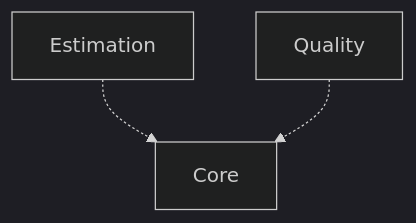
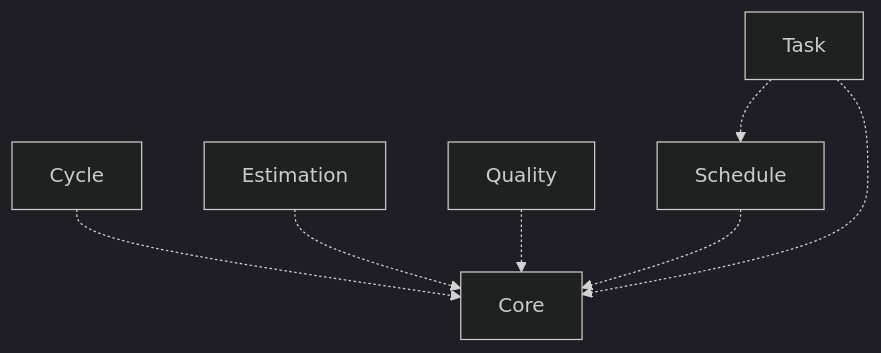
The diagram in examples/requirements/req/output/development/domain-domain.project.md (glemzurg/glemzurg), drawn with Mermaid (dark theme) before and after one commit. The commit also changed other lines of this file and 103 other files, not shown here.

````diff
--- a/examples/requirements/req/output/development/domain-domain.project.md
+++ b/examples/requirements/req/output/development/domain-domain.project.md
@@ -11,9 +11,16 @@
 ```mermaid
 graph TD
 subdomain_domain_project_subdomain_core["Core"]
+subdomain_domain_project_subdomain_cycle["Cycle"]
 subdomain_domain_project_subdomain_estimation["Estimation"]
 subdomain_domain_project_subdomain_quality["Quality"]
+subdomain_domain_project_subdomain_schedule["Schedule"]
+subdomain_domain_project_subdomain_task["Task"]
+subdomain_domain_project_subdomain_cycle -.-> subdomain_domain_project_subdomain_core
 subdomain_domain_project_subdomain_estimation -.-> subdomain_domain_project_subdomain_core
 subdomain_domain_project_subdomain_quality -.-> subdomain_domain_project_subdomain_core
+subdomain_domain_project_subdomain_schedule -.-> subdomain_domain_project_subdomain_core
+subdomain_domain_project_subdomain_task -.-> subdomain_domain_project_subdomain_core
+subdomain_domain_project_subdomain_task -.-> subdomain_domain_project_subdomain_schedule
 
 ```
````
